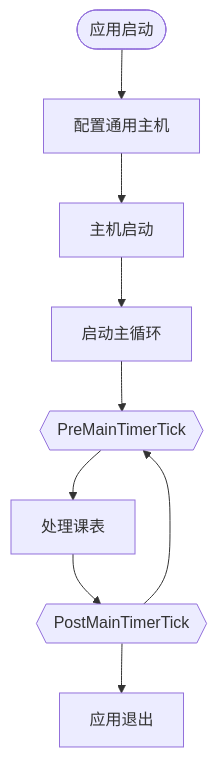
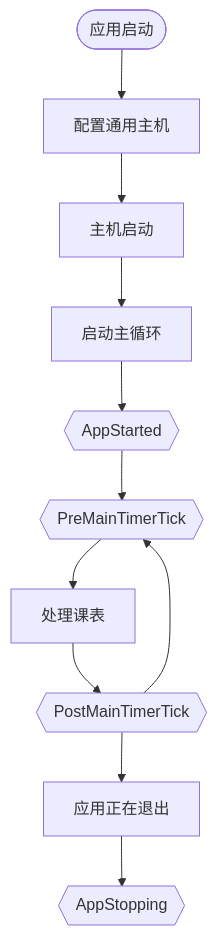
Before and after one commit to ClassIsland/classisland-docs: the diagram in docs/dev/events.md, drawn with Mermaid. The commit also changed other lines of this file and 1 other file, not shown here.

````diff
--- a/docs/dev/events.md
+++ b/docs/dev/events.md
@@ -11,13 +13,16 @@
-```mermaid
-flowchart TD
-    Startup(["应用启动"]) 
-    --> ConfigureHost["配置通用主机"] 
-    --> HostStartup["主机启动"]
-    --> LaunchMainLoop["启动主循环"]
-    --> PreMainTimerTick{{"PreMainTimerTick"}}
-    --> ProcessLessons["处理课表"]
-    --> PostMainTimerTick{{"PostMainTimerTick"}}
-    --> PreMainTimerTick
+    ```mermaid
+    flowchart TD
+        Startup(["应用启动"]) 
+        --> ConfigureHost["配置通用主机"] 
+        --> HostStartup["主机启动"]
+        --> LaunchMainLoop["启动主循环"]
+        --> AppStarted{{"AppStarted"}}
+        --> PreMainTimerTick{{"PreMainTimerTick"}}
+        --> ProcessLessons["处理课表"]
+        --> PostMainTimerTick{{"PostMainTimerTick"}}
+        --> PreMainTimerTick
 
-    PostMainTimerTick --> Exit["应用退出"]
-```
+        PostMainTimerTick 
+        --> Exiting["应用正在退出"]
+        --> AppStopping{{"AppStopping"}}
+    ```
````
